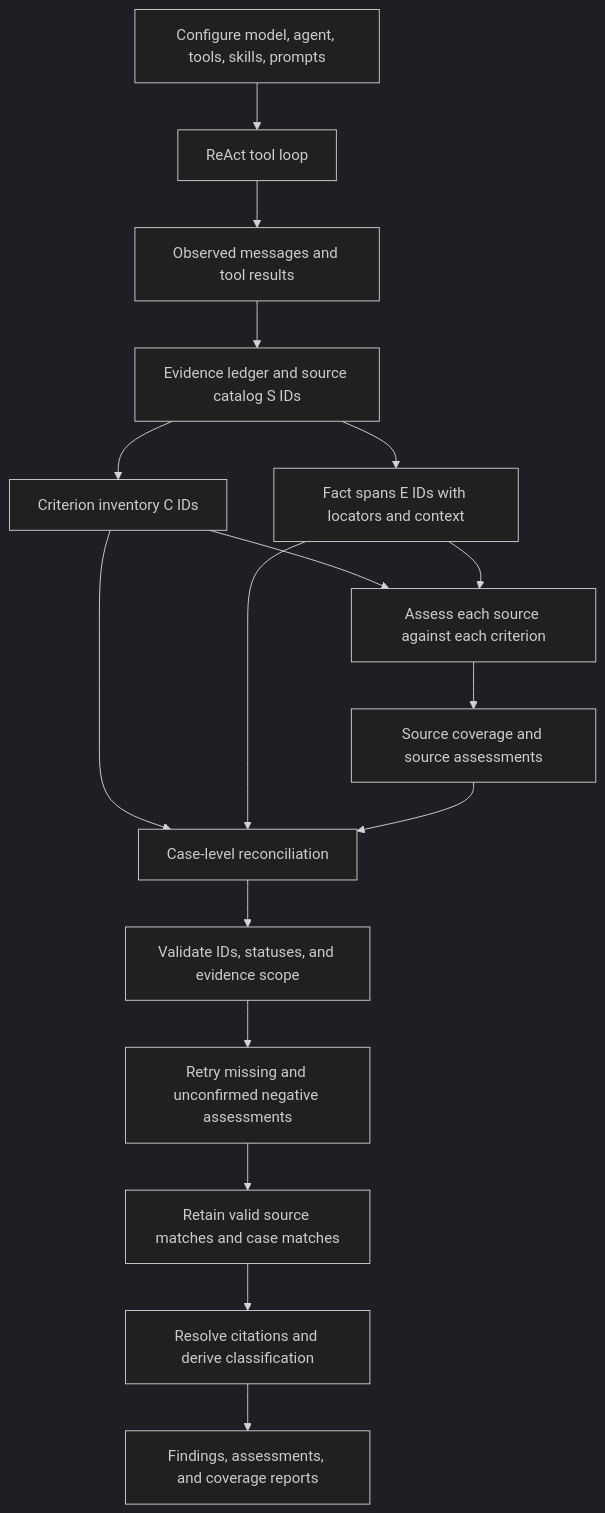
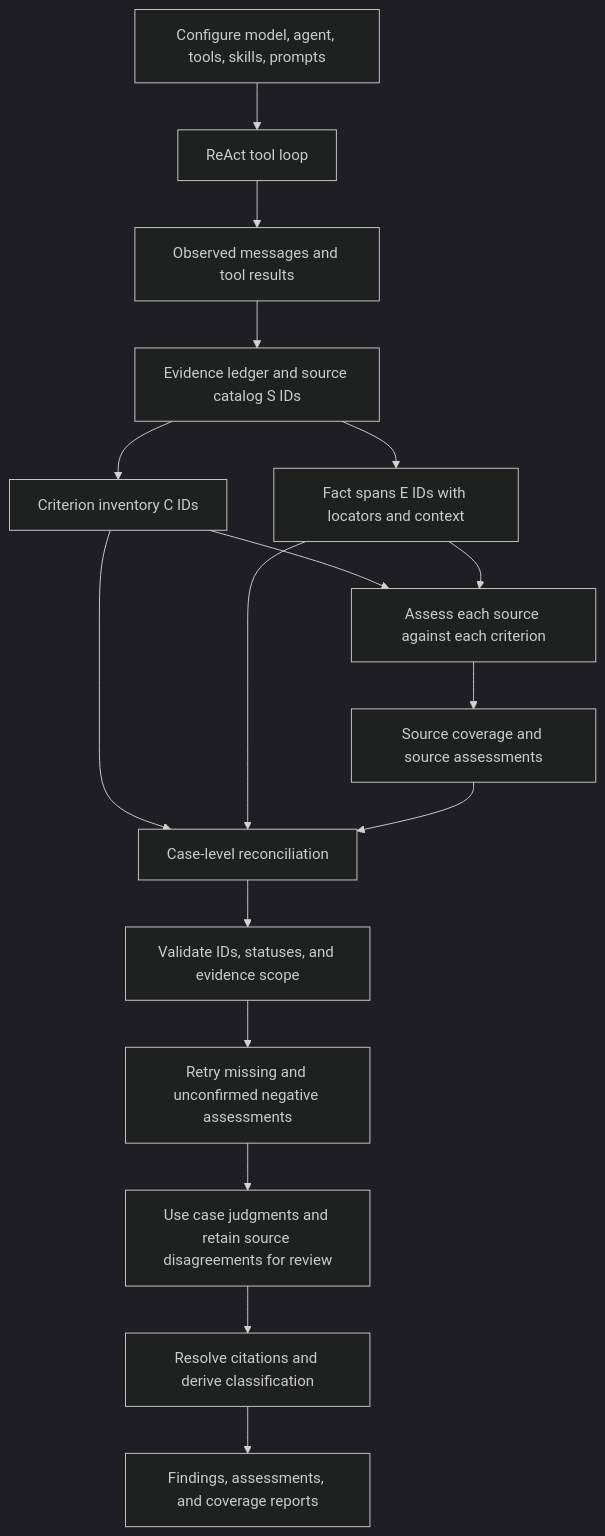
One commit to willtran87/tiny-skill-agent changed the diagram in docs/DESIGN.md. Above: the diagram before and after it, drawn with Mermaid (dark theme). The commit also changed other lines of this file and 10 other files, not shown here.

````diff
--- a/docs/DESIGN.md
+++ b/docs/DESIGN.md
@@ -23,19 +25,19 @@
 ```mermaid
 flowchart TD
     A[Configure model, agent, tools, skills, prompts] --> B[ReAct tool loop]
     B --> C[Observed messages and tool results]
     C --> D[Evidence ledger and source catalog S IDs]
     D --> E[Criterion inventory C IDs]
     D --> F[Fact spans E IDs with locators and context]
     E --> G[Assess each source against each criterion]
     F --> G
     G --> H[Source coverage and source assessments]
     E --> I[Case-level reconciliation]
     F --> I
     H --> I
     I --> J[Validate IDs, statuses, and evidence scope]
     J --> K[Retry missing and unconfirmed negative assessments]
-    K --> L[Retain valid source matches and case matches]
+    K --> L[Use case judgments and retain source disagreements for review]
     L --> M[Resolve citations and derive classification]
     M --> N[Findings, assessments, and coverage reports]
 ```
````
